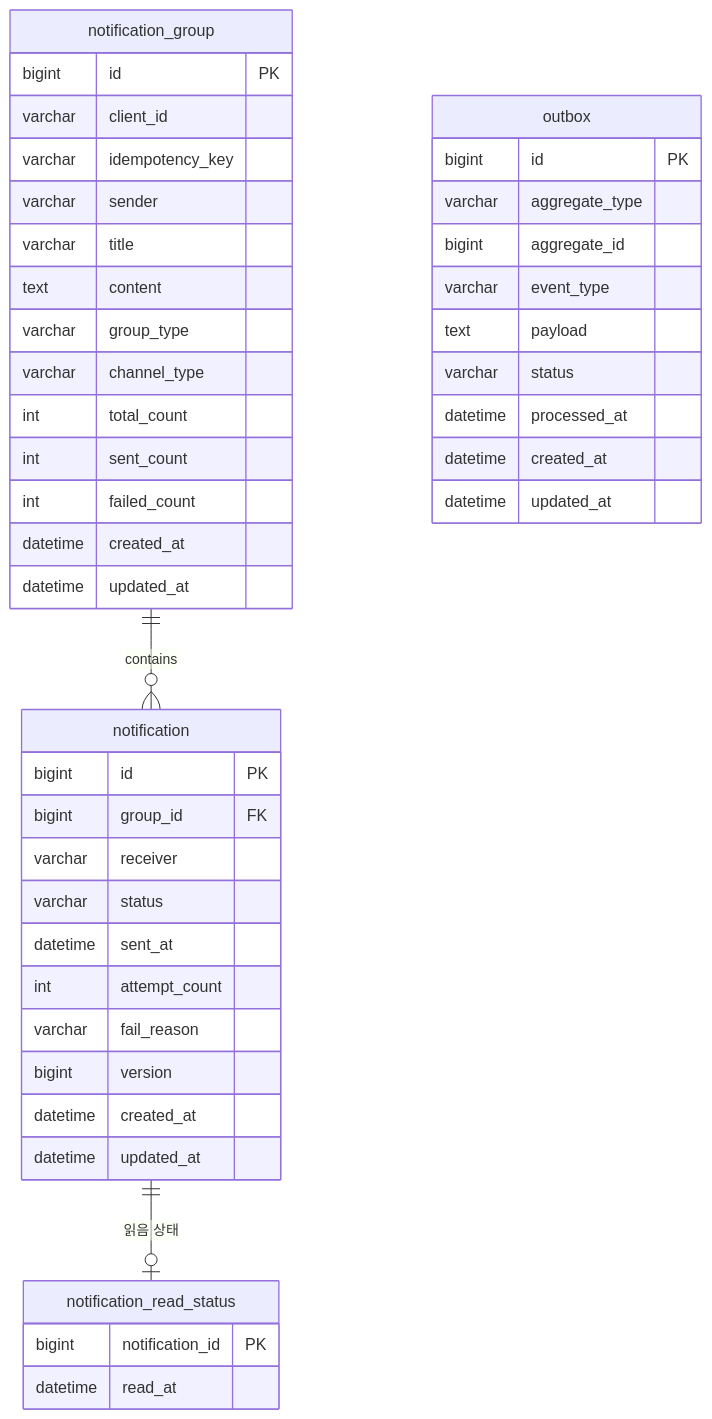
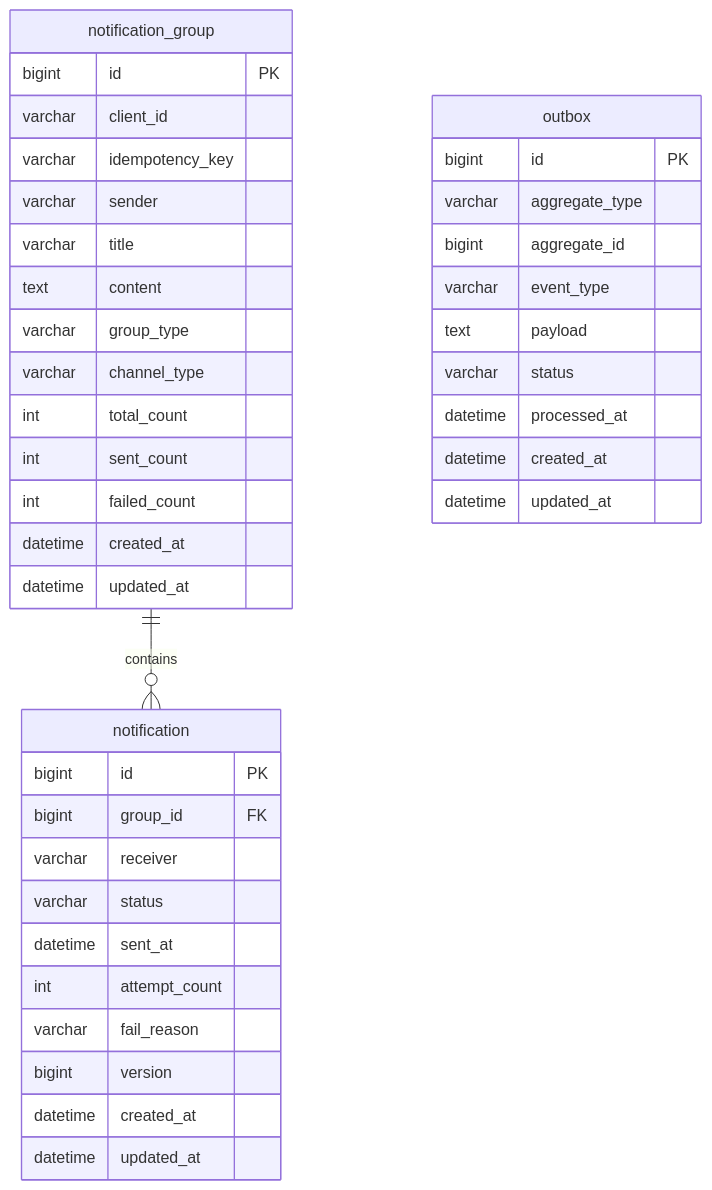
The diagram in docs/04-erd.md (yht0827/notification-dispatcher), drawn with Mermaid before and after one commit. The commit also changed other lines of this file and 21 other files, not shown here.

````diff
--- a/docs/04-erd.md
+++ b/docs/04-erd.md
@@ -24,51 +21,45 @@
 ```mermaid
 erDiagram
     notification_group ||--o{ notification : contains
-    notification ||--o| notification_read_status : "읽음 상태"
 
     notification_group {
       bigint id PK
       varchar client_id
       varchar idempotency_key
       varchar sender
       varchar title
       text content
       varchar group_type
       varchar channel_type
       int total_count
       int sent_count
       int failed_count
       datetime created_at
       datetime updated_at
     }
 
     notification {
       bigint id PK
       bigint group_id FK
       varchar receiver
       varchar status
       datetime sent_at
       int attempt_count
       varchar fail_reason
       bigint version
       datetime created_at
       datetime updated_at
     }
 
-    notification_read_status {
-      bigint notification_id PK
-      datetime read_at
-    }
-
     outbox {
       bigint id PK
       varchar aggregate_type
       bigint aggregate_id
       varchar event_type
       text payload
       varchar status
       datetime processed_at
       datetime created_at
       datetime updated_at
     }
 ```
````
